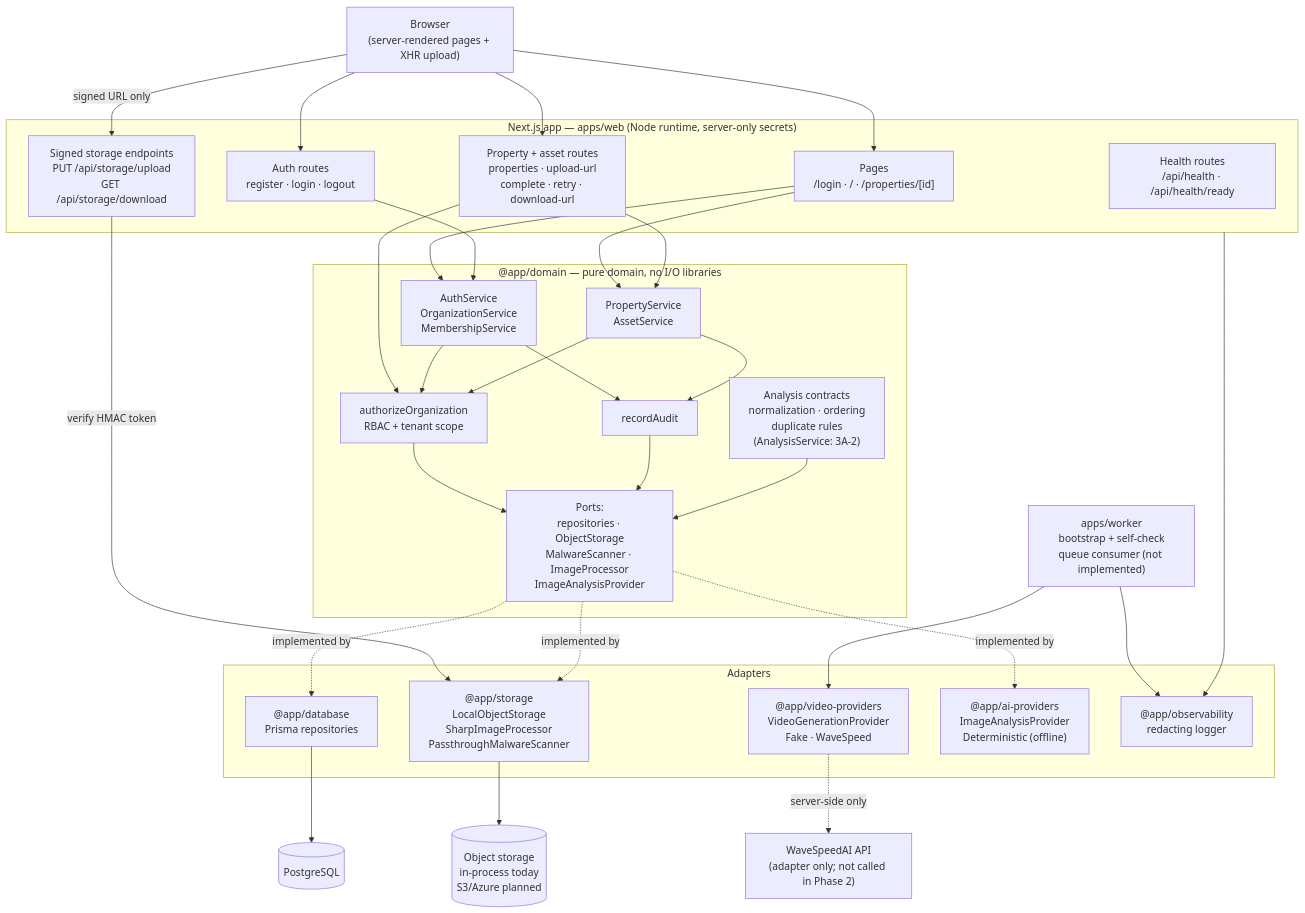
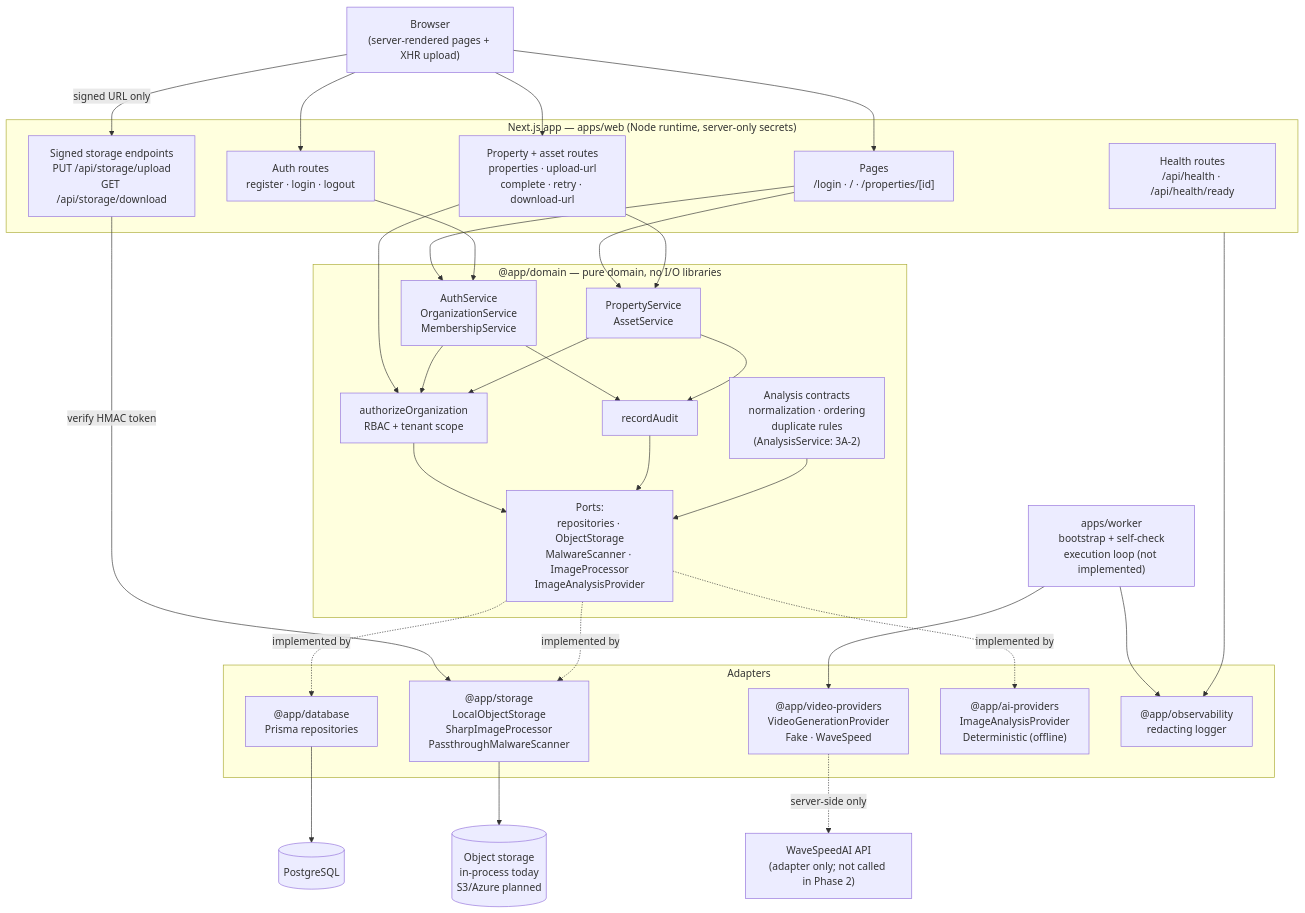
The diagram in docs/architecture.md (TakeTouhu/Real-Estate-Listing-Concept-Video), drawn with Mermaid before and after one commit. The commit also changed other lines of this file and 21 other files, not shown here.

````diff
--- a/docs/architecture.md
+++ b/docs/architecture.md
@@ -12,66 +12,66 @@
 ```mermaid
 flowchart TB
   browser["Browser<br/>(server-rendered pages + XHR upload)"]
 
   subgraph web["Next.js app — apps/web (Node runtime, server-only secrets)"]
     pages["Pages<br/>/login · / · /properties/[id]"]
     authapi["Auth routes<br/>register · login · logout"]
     propapi["Property + asset routes<br/>properties · upload-url<br/>complete · retry · download-url"]
     storageapi["Signed storage endpoints<br/>PUT /api/storage/upload<br/>GET /api/storage/download"]
     health["Health routes<br/>/api/health · /api/health/ready"]
   end
 
   subgraph domain["@app/domain — pure domain, no I/O libraries"]
     identitysvc["AuthService<br/>OrganizationService<br/>MembershipService"]
     propsvc["PropertyService<br/>AssetService"]
     anasvc["Analysis contracts<br/>normalization · ordering<br/>duplicate rules<br/>(AnalysisService: 3A-2)"]
     authz["authorizeOrganization<br/>RBAC + tenant scope"]
     audit["recordAudit"]
     ports["Ports:<br/>repositories · ObjectStorage<br/>MalwareScanner · ImageProcessor<br/>ImageAnalysisProvider"]
   end
 
   subgraph adapters["Adapters"]
     db["@app/database<br/>Prisma repositories"]
     store["@app/storage<br/>LocalObjectStorage<br/>SharpImageProcessor<br/>PassthroughMalwareScanner"]
     vp["@app/video-providers<br/>VideoGenerationProvider<br/>Fake · WaveSpeed"]
     aip["@app/ai-providers<br/>ImageAnalysisProvider<br/>Deterministic (offline)"]
     obs["@app/observability<br/>redacting logger"]
   end
 
   pg[("PostgreSQL")]
   objects[("Object storage<br/>in-process today<br/>S3/Azure planned")]
   wavespeed["WaveSpeedAI API<br/>(adapter only; not called in Phase 2)"]
 
-  worker["apps/worker<br/>bootstrap + self-check<br/>queue consumer (not implemented)"]
+  worker["apps/worker<br/>bootstrap + self-check<br/>execution loop (not implemented)"]
 
   browser --> pages
   browser --> authapi
   browser --> propapi
   browser -- "signed URL only" --> storageapi
 
   pages --> identitysvc
   pages --> propsvc
   authapi --> identitysvc
   propapi --> propsvc
   propapi --> authz
   storageapi -- "verify HMAC token" --> store
 
   identitysvc --> authz
   propsvc --> authz
   identitysvc --> audit
   propsvc --> audit
   authz --> ports
   audit --> ports
 
   ports -.implemented by.-> db
   ports -.implemented by.-> store
   ports -.implemented by.-> aip
   anasvc --> ports
 
   db --> pg
   store --> objects
   worker --> vp
   vp -.server-side only.-> wavespeed
   web --> obs
   worker --> obs
 ```
````
